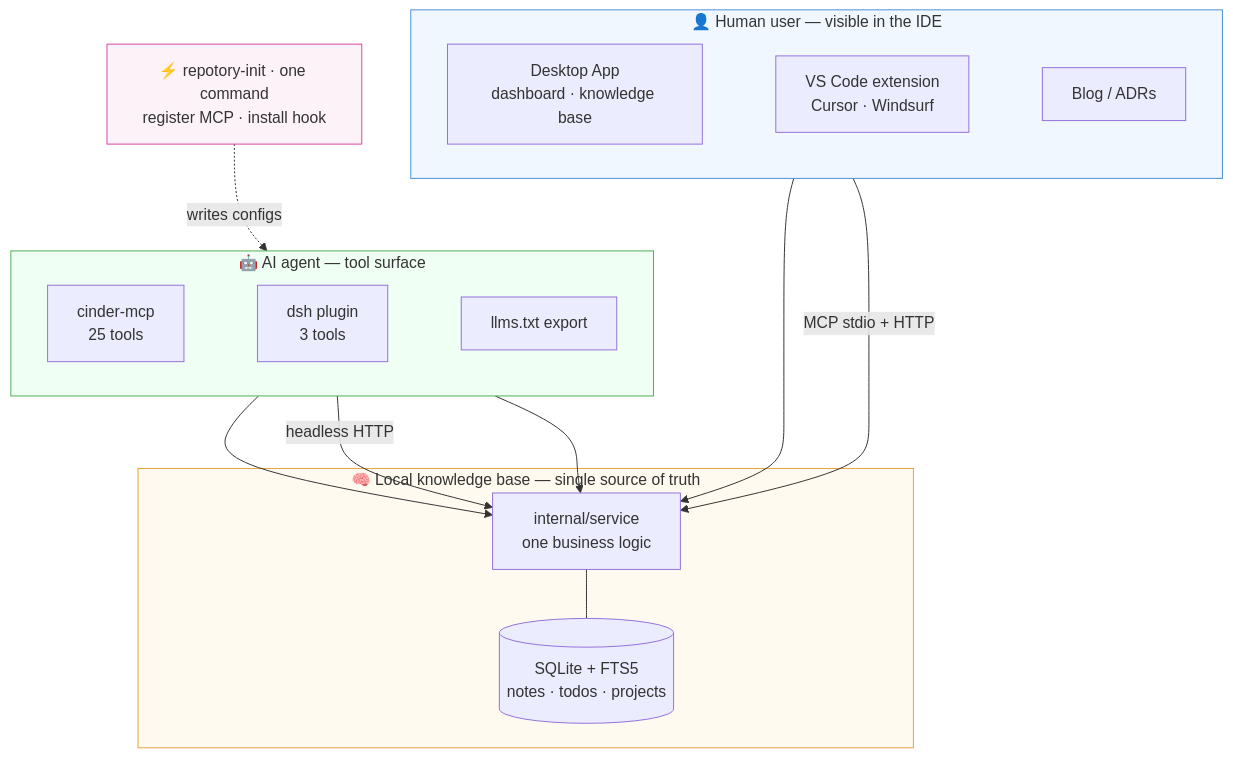
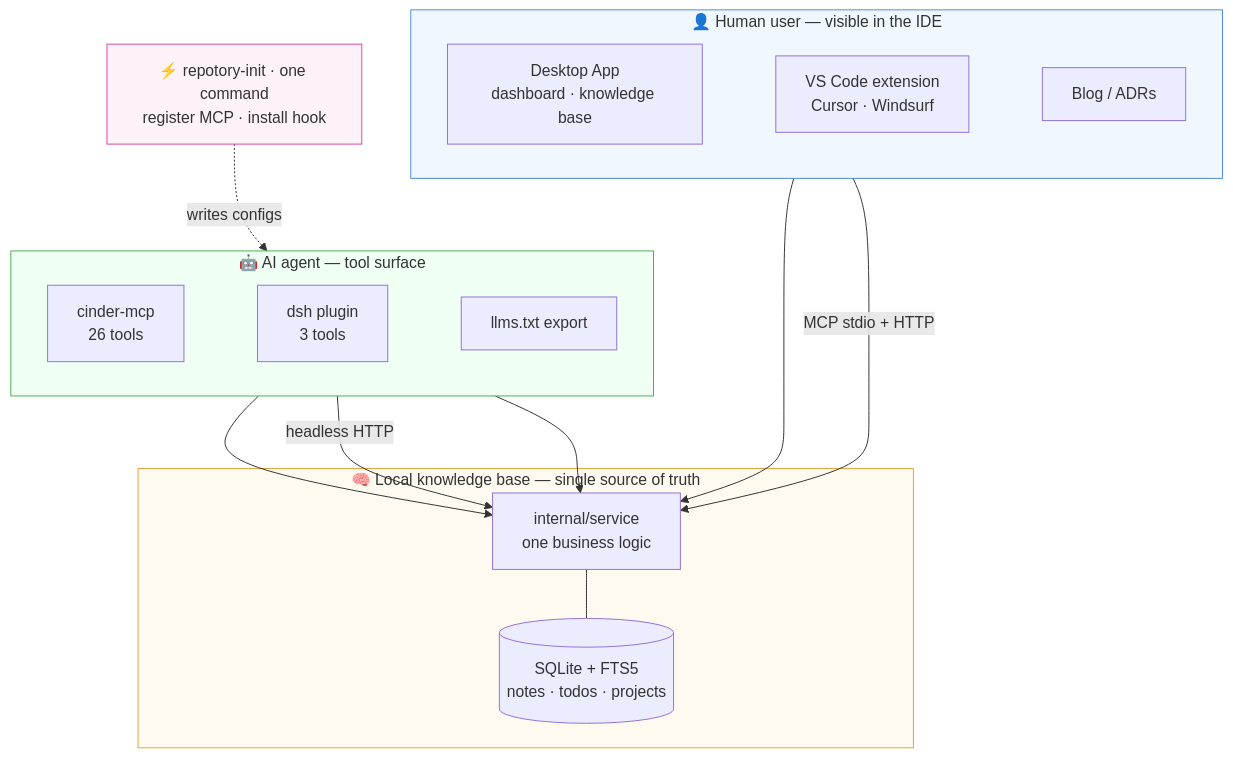
The third of 3 diagrams in docs/en/index.md (sky-jiangcheng/cinder), drawn with Mermaid before and after one commit. The commit also changed 15 other files, not shown here.

````diff
--- a/docs/en/index.md
+++ b/docs/en/index.md
@@ -76,37 +76,37 @@
 ```mermaid
 flowchart TB
     subgraph HUMAN["👤 Human user — visible in the IDE"]
         direction LR
         DESKTOP["Desktop App<br/>dashboard · knowledge base"]
         VSCODE["VS Code extension<br/>Cursor · Windsurf"]
         BLOG["Blog / ADRs"]
         DESKTOP ~~~ VSCODE ~~~ BLOG
     end
 
     subgraph AGENT["🤖 AI agent — tool surface"]
         direction LR
-        MCP["cinder-mcp<br/>25 tools"]
+        MCP["cinder-mcp<br/>26 tools"]
         DSH["dsh plugin<br/>3 tools"]
         LLMSTXT["llms.txt export"]
         MCP ~~~ DSH ~~~ LLMSTXT
     end
 
     subgraph CORE["🧠 Local knowledge base — single source of truth"]
         SERVICE["internal/service<br/>one business logic"] --- DB[("SQLite + FTS5<br/>notes · todos · projects")]
     end
 
     HUMAN ~~~ AGENT ~~~ CORE
     DESKTOP --> SERVICE
     VSCODE -->|"MCP stdio + HTTP"| SERVICE
     MCP --> SERVICE
     DSH -->|"headless HTTP"| SERVICE
     LLMSTXT --> SERVICE
 
     INIT["⚡ repotory-init · one command<br/>register MCP · install hook"]
     INIT -.->|"writes configs"| MCP
 
     style HUMAN fill:#f0f7ff,stroke:#4a90d9
     style AGENT fill:#f0fff4,stroke:#4caf50
     style CORE fill:#fffaf0,stroke:#e6a23c
     style INIT fill:#fdf2f8,stroke:#d946a0
 ```
````
